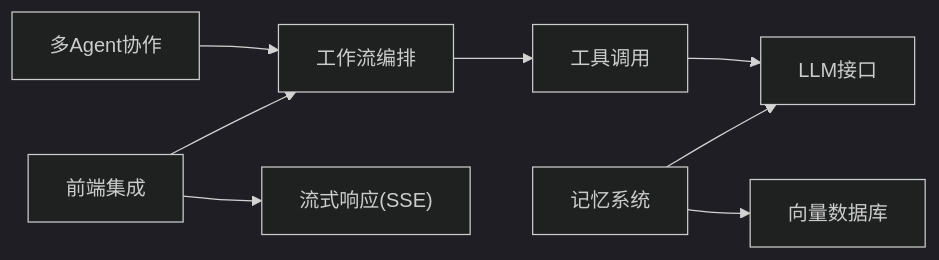
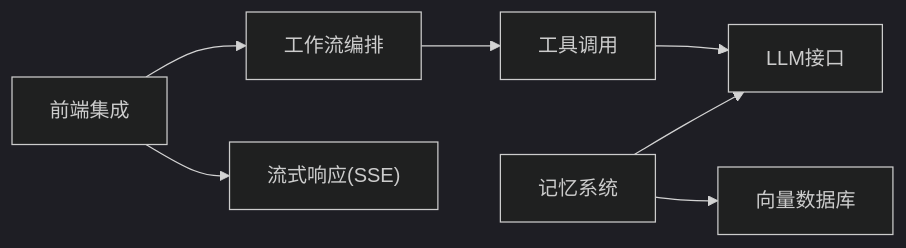
Before and after one commit to UnicornXU/knowledge-base: the seventh of 7 diagrams in .qoder/repowiki/zh/content/AI 应用开发专题/Agent 开发专题.md, drawn with Mermaid (dark theme). The commit also changed other lines of this file and 8 other files, not shown here.

````diff
--- a/.qoder/repowiki/zh/content/AI 应用开发专题/Agent 开发专题.md
+++ b/.qoder/repowiki/zh/content/AI 应用开发专题/Agent 开发专题.md
@@ -378,10 +298,9 @@
 ```mermaid
 graph LR
 Tools["工具调用"] --> LLM["LLM接口"]
 Memory["记忆系统"] --> LLM
 Workflow["工作流编排"] --> Tools
-MultiAgent["多Agent协作"] --> Workflow
 Frontend["前端集成"] --> Workflow
 Frontend --> Streaming["流式响应(SSE)"]
 Memory --> VectorDB["向量数据库"]
 ```
````
